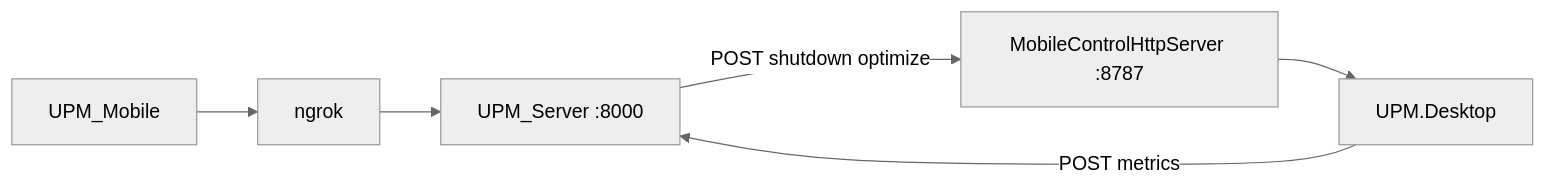
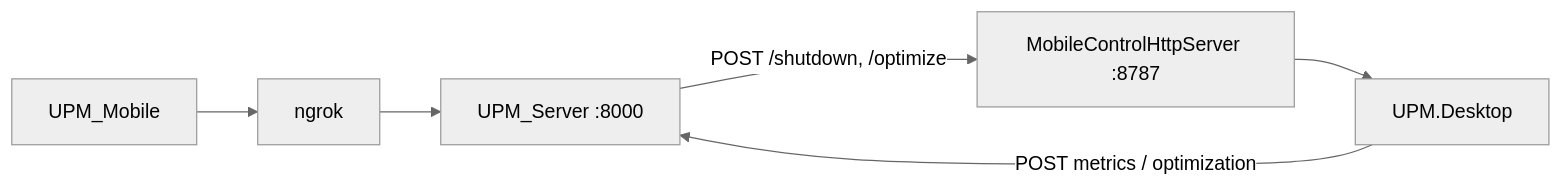
Before and after one commit to DMU-DeCode/upm-client: the diagram in README.md, drawn with Mermaid (neutral theme). The commit also changed other lines of this file and 20 other files, not shown here.

````diff
--- a/README.md
+++ b/README.md
@@ -147,8 +71,8 @@
 ```mermaid
 flowchart LR
     Mobile[UPM_Mobile] --> Ngrok[ngrok]
     Ngrok --> Server[UPM_Server :8000]
-    Desktop[UPM.Desktop] -->|POST metrics| Server
-    Server -->|POST shutdown optimize| Agent[MobileControlHttpServer :8787]
+    Desktop[UPM.Desktop] -->|POST metrics / optimization| Server
+    Server -->|POST /shutdown, /optimize| Agent[MobileControlHttpServer :8787]
     Agent --> Desktop
 ```
````
